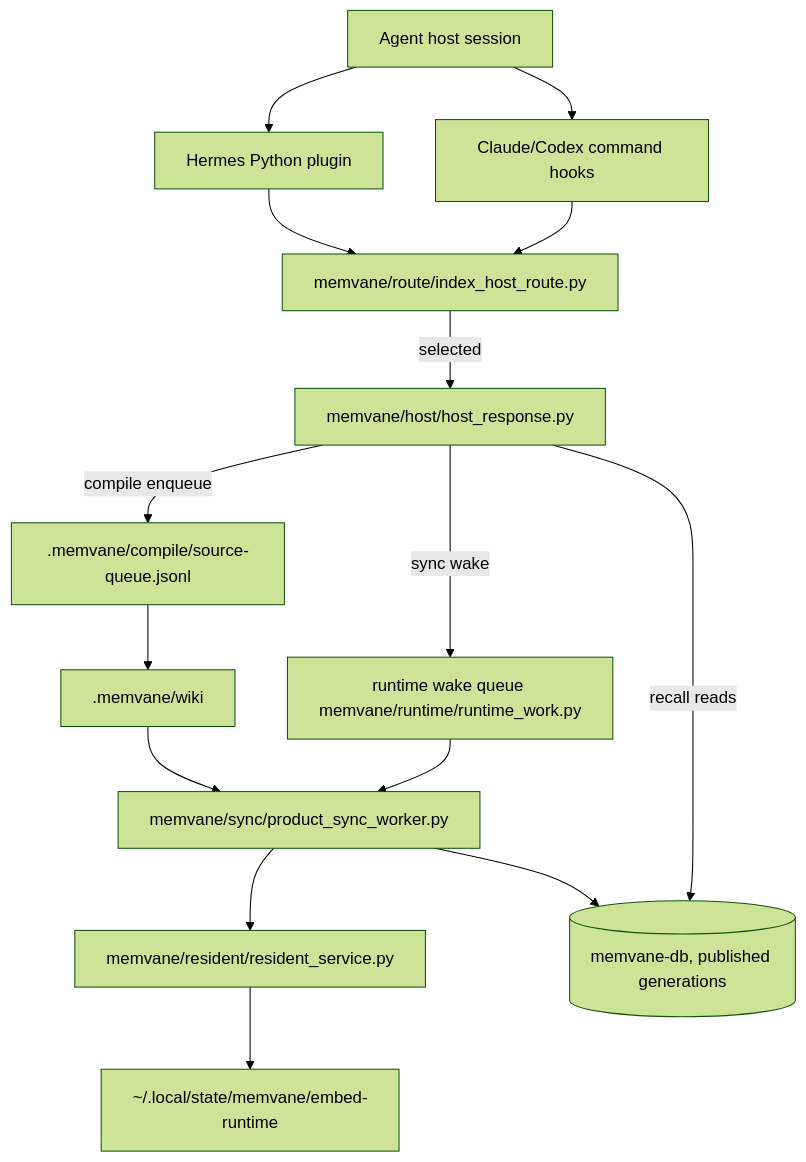
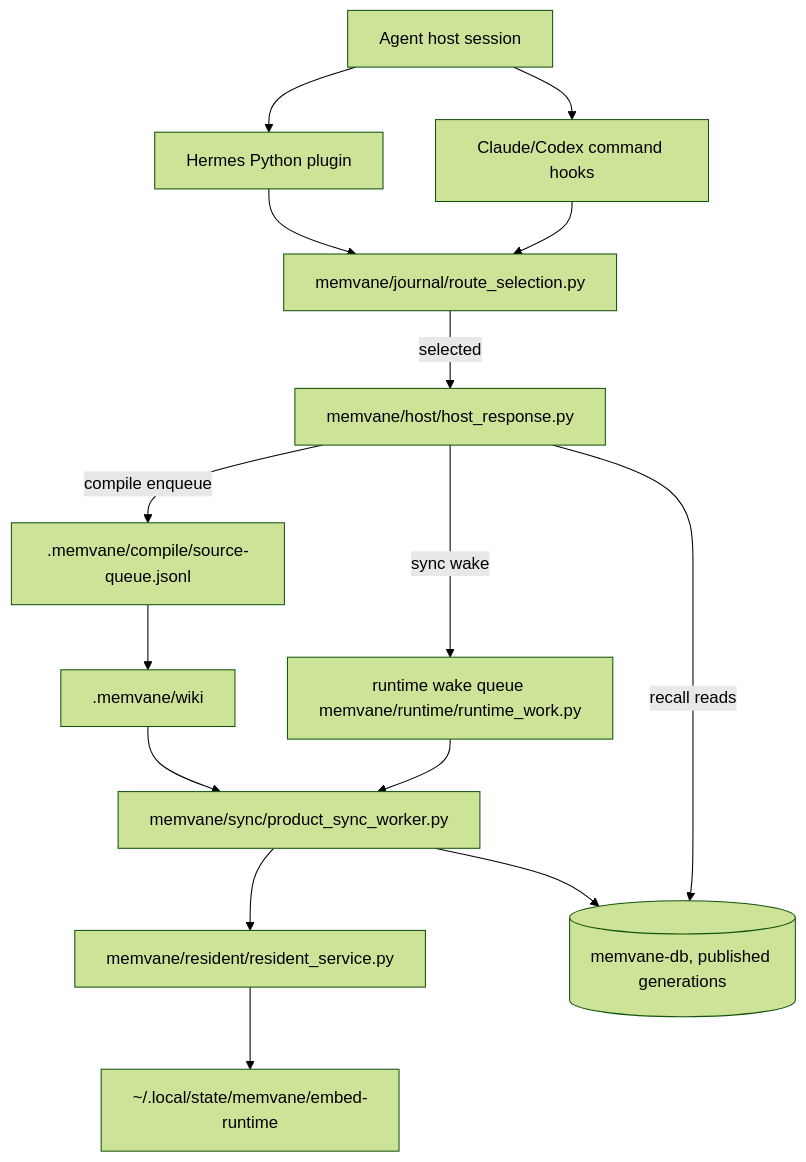
Before and after one commit to zbdulee/memvane: the diagram in docs/architecture.md, drawn with Mermaid (forest theme). The commit also changed other lines of this file and 31 other files, not shown here.

Commit message:
refactor(journal): own route classification and selection

````diff
--- a/docs/architecture.md
+++ b/docs/architecture.md
@@ -86,30 +86,30 @@
 ```mermaid
 flowchart TD
     User[Agent host session]
     Claude[Claude/Codex command hooks]
     Hermes[Hermes Python plugin]
-    Route[memvane/route/index_host_route.py]
+    Route[memvane/journal/route_selection.py]
     Resp[memvane/host/host_response.py]
     Wakes[runtime wake queue memvane/runtime/runtime_work.py]
     Sync[memvane/sync/product_sync_worker.py]
     Resident[memvane/resident/resident_service.py]
     Embed[~/.local/state/memvane/embed-runtime]
     Index[(memvane-db, published generations)]
     CompileQ[.memvane/compile/source-queue.jsonl]
     Wiki[.memvane/wiki]
 
     User --> Claude
     User --> Hermes
     Claude --> Route
     Hermes --> Route
     Route -->|selected| Resp
     Resp -->|recall reads| Index
     Resp -->|sync wake| Wakes
     Resp -->|compile enqueue| CompileQ
     Wakes --> Sync
     Sync --> Resident
     Resident --> Embed
     Sync --> Index
     CompileQ --> Wiki
     Wiki --> Sync
 ```
````
